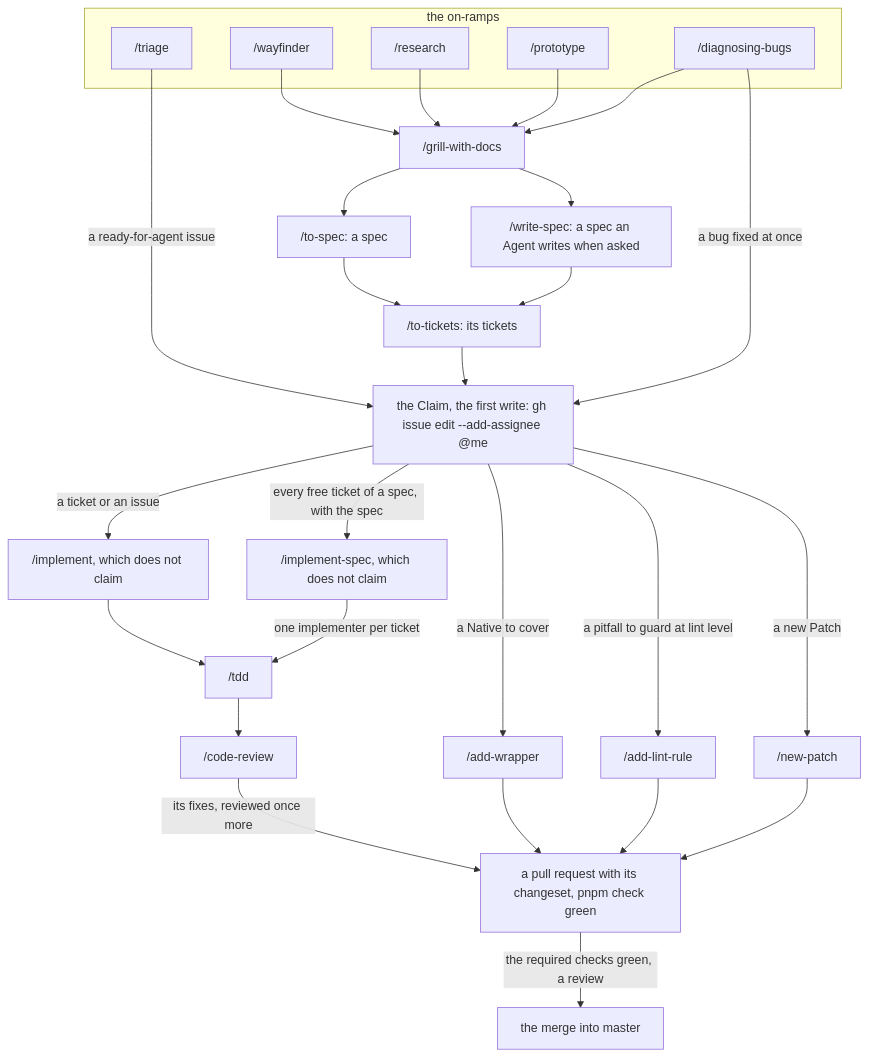
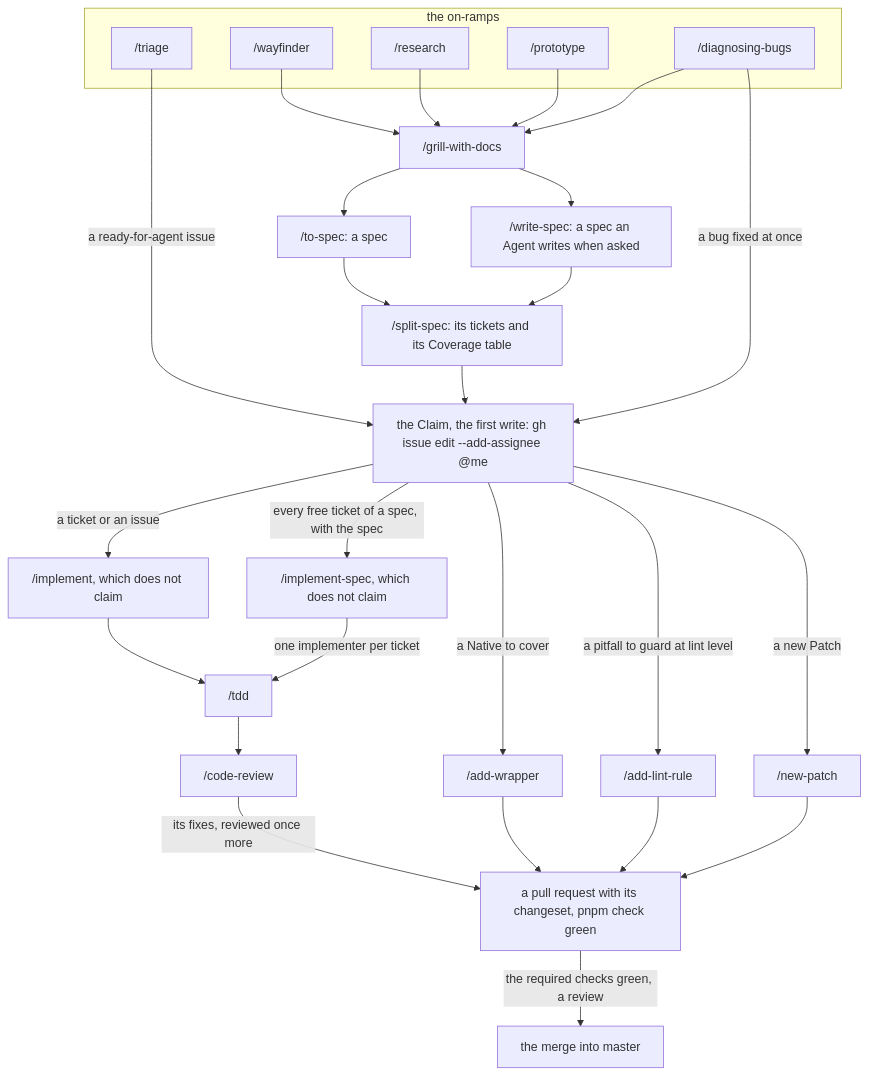
Before and after one commit to phmilk/reforged-ts: the diagram in docs/agents/development-loop.md, drawn with Mermaid. The commit also changed other lines of this file and 19 other files, not shown here.

First line of the commit message:
feat: pnpm spec:check and split-spec, a Spec's coverage check and its Coverage table (#762, #764) (#778)

````diff
--- a/docs/agents/development-loop.md
+++ b/docs/agents/development-loop.md
@@ -76,51 +76,51 @@
 ```mermaid
 flowchart TD
   %% diagram: development-loop
   %% covers: skills
   subgraph on_ramps["the on-ramps"]
     triage["/triage"]
     wayfinder["/wayfinder"]
     research["/research"]
     prototype["/prototype"]
     diagnosing_bugs["/diagnosing-bugs"]
   end
   grill_with_docs["/grill-with-docs"]
   to_spec["/to-spec: a spec"]
   write_spec["/write-spec: a spec an Agent writes when asked"]
-  to_tickets["/to-tickets: its tickets"]
+  split_spec["/split-spec: its tickets and its Coverage table"]
   claim["the Claim, the first write: gh issue edit --add-assignee @me"]
   implement["/implement, which does not claim"]
   implement_spec["/implement-spec, which does not claim"]
   tdd["/tdd"]
   code_review["/code-review"]
   add_wrapper["/add-wrapper"]
   add_lint_rule["/add-lint-rule"]
   new_patch["/new-patch"]
   pull_request["a pull request with its changeset, pnpm check green"]
   merge["the merge into master"]
 
   wayfinder --> grill_with_docs
   research --> grill_with_docs
   prototype --> grill_with_docs
   diagnosing_bugs --> grill_with_docs
   triage -->|"a ready-for-agent issue"| claim
   diagnosing_bugs -->|"a bug fixed at once"| claim
   grill_with_docs --> to_spec
   grill_with_docs --> write_spec
-  to_spec --> to_tickets
-  write_spec --> to_tickets
-  to_tickets --> claim
+  to_spec --> split_spec
+  write_spec --> split_spec
+  split_spec --> claim
   claim -->|"a ticket or an issue"| implement
   claim -->|"every free ticket of a spec, with the spec"| implement_spec
   claim -->|"a Native to cover"| add_wrapper
   claim -->|"a pitfall to guard at lint level"| add_lint_rule
   claim -->|"a new Patch"| new_patch
   implement --> tdd
   implement_spec -->|"one implementer per ticket"| tdd
   tdd --> code_review
   code_review -->|"its fixes, reviewed once more"| pull_request
   add_wrapper --> pull_request
   add_lint_rule --> pull_request
   new_patch --> pull_request
   pull_request -->|"the required checks green, a review"| merge
 ```
````
